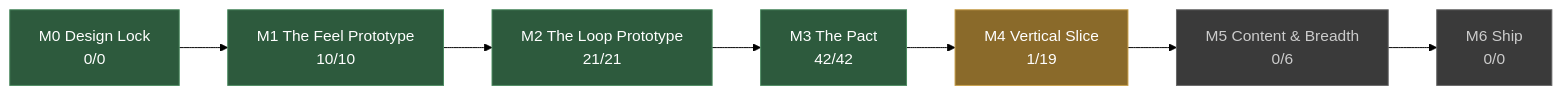
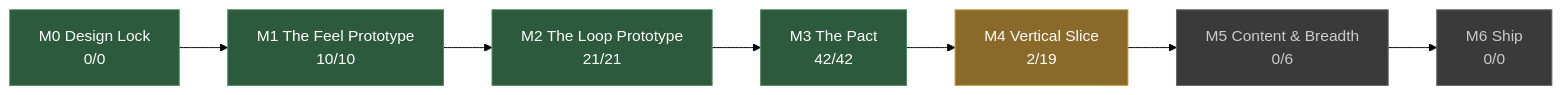
The diagram in docs/STATUS.md (JoshuaGessner/she), drawn with Mermaid (forest theme) before and after one commit. The commit also changed other lines of this file and 35 other files, not shown here.

````diff
--- a/docs/STATUS.md
+++ b/docs/STATUS.md
@@ -13,19 +13,19 @@
 ```mermaid
 flowchart LR
   M0["M0 Design Lock<br/>0/0"]:::passed
   M1["M1 The Feel Prototype<br/>10/10"]:::passed
   M0 --> M1
   M2["M2 The Loop Prototype<br/>21/21"]:::passed
   M1 --> M2
   M3["M3 The Pact<br/>42/42"]:::passed
   M2 --> M3
-  M4["M4 Vertical Slice<br/>1/19"]:::current
+  M4["M4 Vertical Slice<br/>2/19"]:::current
   M3 --> M4
   M5["M5 Content & Breadth<br/>0/6"]:::ahead
   M4 --> M5
   M6["M6 Ship<br/>0/0"]:::ahead
   M5 --> M6
   classDef passed fill:#2d5a3d,stroke:#4a8a5f,color:#fff
   classDef current fill:#8a6a2a,stroke:#c8a04a,color:#fff
   classDef ahead fill:#3a3a3a,stroke:#666,color:#ccc
 ```
````
